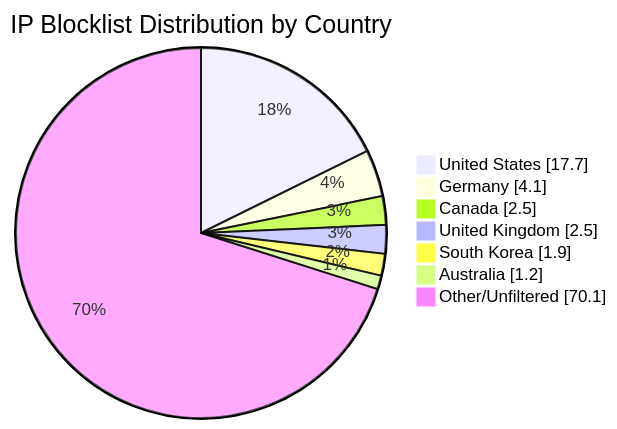
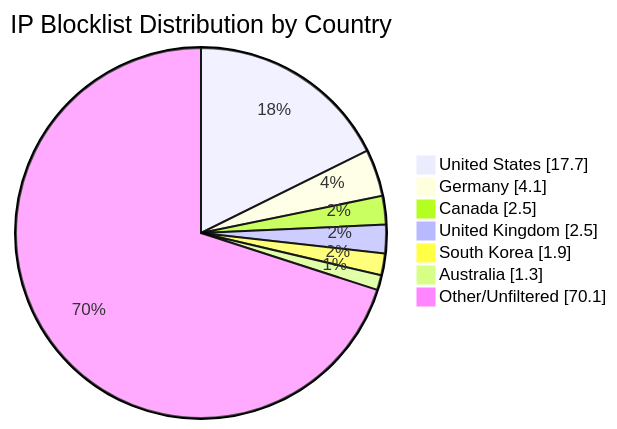
One commit to MarcusHoltz/ipblocklist-geofiltered-aggregator changed the diagram in README.md. Above: the diagram before and after it, drawn with Mermaid. The commit also changed other lines of this file and 9 other files, not shown here.

````diff
--- a/README.md
+++ b/README.md
@@ -34,10 +34,10 @@
 ```mermaid
 pie showData title IP Blocklist Distribution by Country
 "United States" : 17.7
 "Germany" : 4.1
 "Canada" : 2.5
 "United Kingdom" : 2.5
 "South Korea" : 1.9
-"Australia" : 1.2
+"Australia" : 1.3
 "Other/Unfiltered" : 70.1
 ```
````
